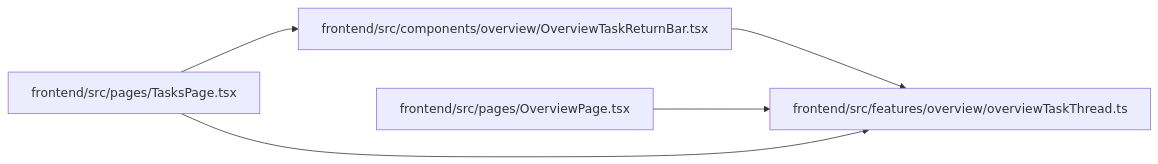
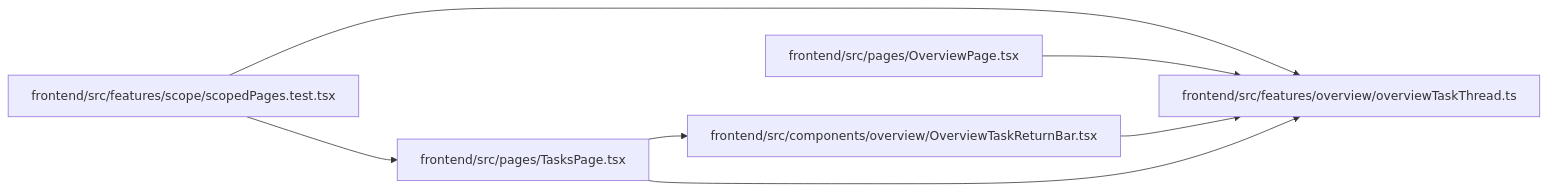
One commit to Denissvgn/WorkChord changed the diagram in docs/llm_wiki/modules/overviewTaskThread.md. Above: the diagram before and after it, drawn with Mermaid. The commit also changed other lines of this file and 2373 other files, not shown here.

````diff
--- a/docs/llm_wiki/modules/overviewTaskThread.md
+++ b/docs/llm_wiki/modules/overviewTaskThread.md
@@ -19,15 +19,19 @@
 ```mermaid
 flowchart LR
     n0["frontend/src/components/overview/OverviewTaskReturnBar.tsx"]
     n1["frontend/src/features/overview/overviewTaskThread.ts"]
-    n2["frontend/src/pages/OverviewPage.tsx"]
-    n3["frontend/src/pages/TasksPage.tsx"]
+    n2["frontend/src/features/scope/scopedPages.test.tsx"]
+    n3["frontend/src/pages/OverviewPage.tsx"]
+    n4["frontend/src/pages/TasksPage.tsx"]
     n0 --> n1
     n2 --> n1
-    n3 --> n0
+    n2 --> n4
     n3 --> n1
+    n4 --> n0
+    n4 --> n1
     click n0 "../modules/OverviewTaskReturnBar.md"
     click n1 "../modules/overviewTaskThread.md"
-    click n2 "../modules/OverviewPage.md"
-    click n3 "../modules/TasksPage.md"
+    click n2 "../modules/scopedPages.test.md"
+    click n3 "../modules/OverviewPage.md"
+    click n4 "../modules/TasksPage.md"
 ```
````
